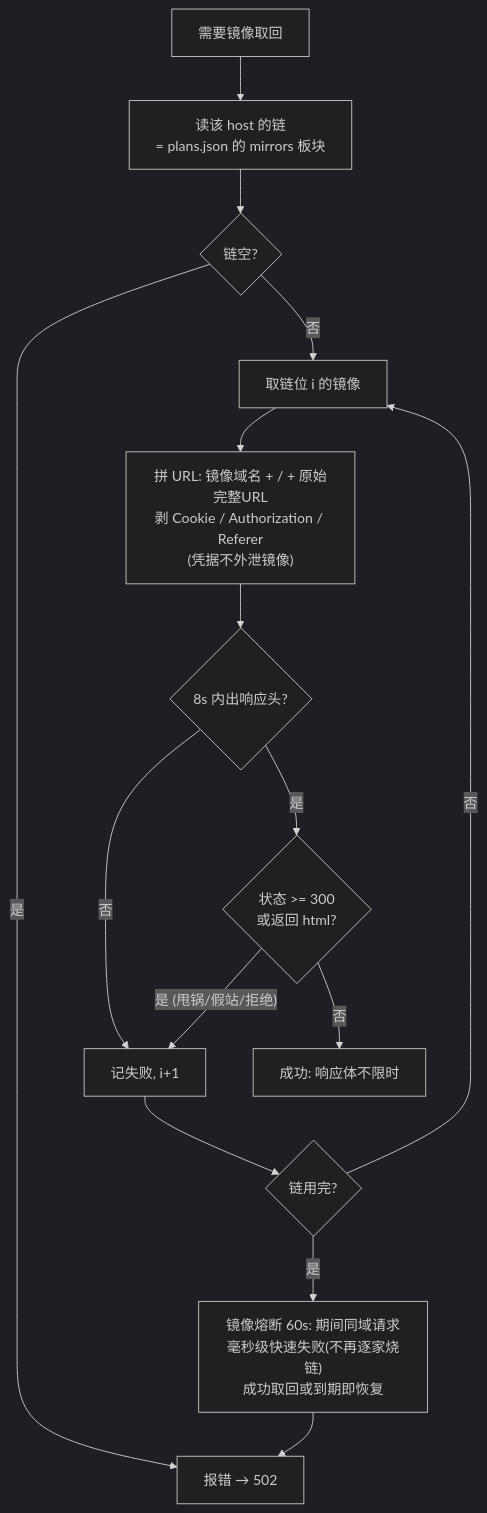
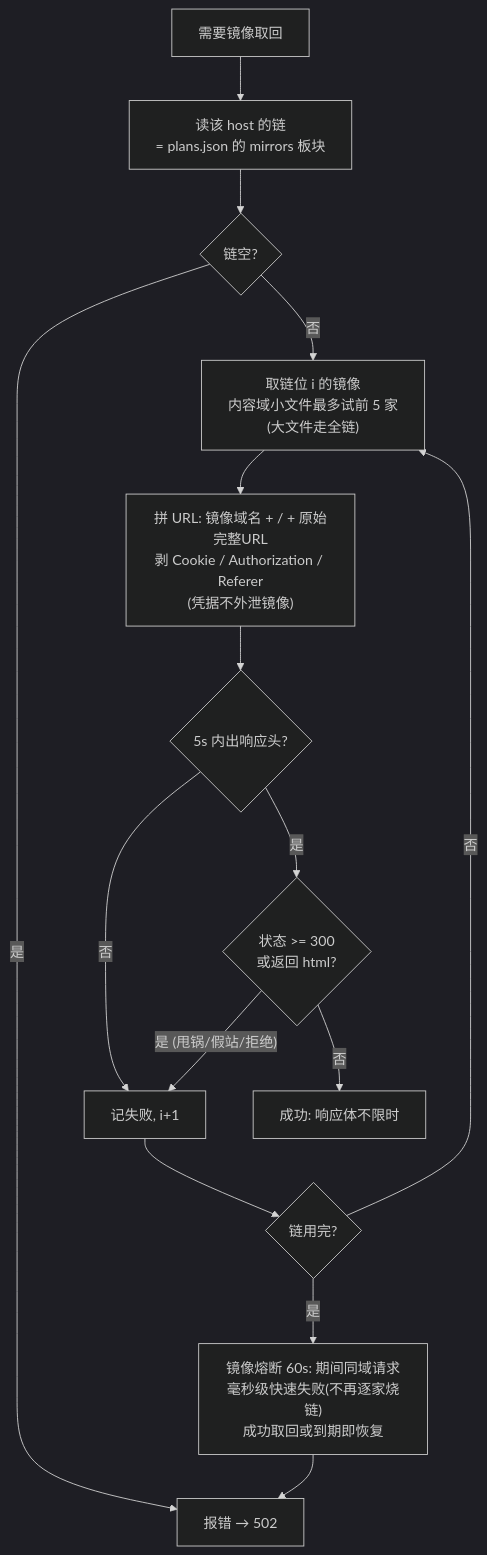
Before and after one commit to zhidian-cmd/gitport-github: the fourth of 4 diagrams in README.md, drawn with Mermaid (dark theme). The commit also changed other lines of this file and 8 other files, not shown here.

First line of the commit message:
perf: 跨导航保活 + HTML gzip 回传 + 镜像链限长 —— 大仓库进页面与图片加载提速

````diff
--- a/README.md
+++ b/README.md
@@ -233,17 +265,17 @@
 ```mermaid
 flowchart TD
     A["需要镜像取回"] --> B["读该 host 的链<br/>= plans.json 的 mirrors 板块"]
     B --> C{"链空?"}
     C -->|"是"| ERR["报错 → 502"]
-    C -->|"否"| D["取链位 i 的镜像"]
+    C -->|"否"| D["取链位 i 的镜像<br/>内容域小文件最多试前 5 家<br/>(大文件走全链)"]
     D --> E["拼 URL: 镜像域名 + / + 原始完整URL<br/>剥 Cookie / Authorization / Referer<br/>(凭据不外泄镜像)"]
-    E --> F{"8s 内出响应头?"}
+    E --> F{"5s 内出响应头?"}
     F -->|"否"| H["记失败, i+1"]
     F -->|"是"| G{"状态 >= 300<br/>或返回 html?"}
     G -->|"是 (甩锅/假站/拒绝)"| H
     G -->|"否"| OK["成功: 响应体不限时"]
     H --> I{"链用完?"}
     I -->|"否"| D
     I -->|"是"| BRK["镜像熔断 60s: 期间同域请求<br/>毫秒级快速失败(不再逐家烧链)<br/>成功取回或到期即恢复"]
     BRK --> ERR
 ```
````
